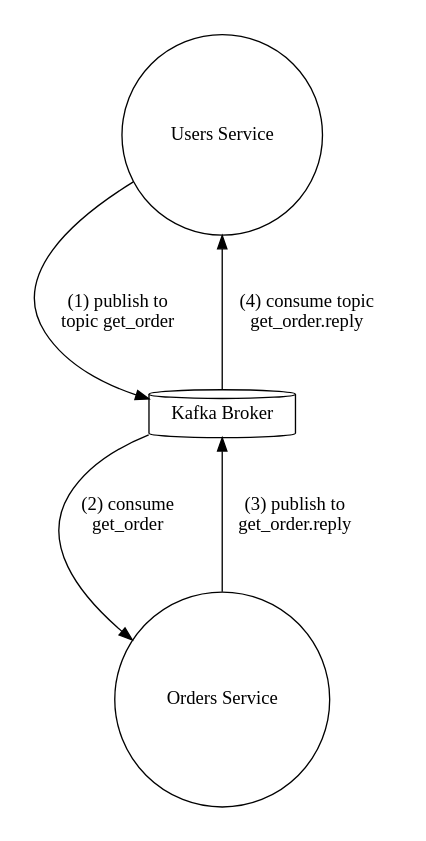
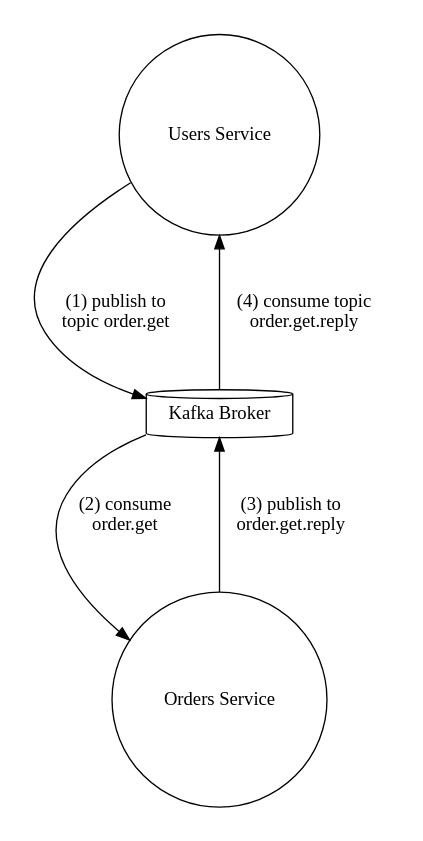
One commit to Redouane64/microservices-communication-kafka changed the diagram in worflow.dot. Above: the diagram before and after it, drawn with Graphviz.

Commit message:
update graph

```diff
--- a/worflow.dot
+++ b/worflow.dot
@@ -1,18 +1,18 @@
 digraph Workflows {
   graph [pad="0.25", nodesep="1.5", ranksep="1.2"]
   splines="TRUE";
 
   /* Entities */
   Users [label="Users Service", shape="circle"]
   Broker [label="Kafka Broker", shape="cylinder"]
   Orders [label="Orders Service", shape="circle"]
 
   
   /* Relationships */
-  Users -> Broker[label="(1) publish to\ntopic get_order"]
-  Broker -> Users[label="(4) consume topic\nget_order.reply"]
+  Users -> Broker[label="(1) publish to\ntopic order.get"]
+  Broker -> Users[label="(4) consume topic\norder.get.reply"]
 
-  Orders -> Broker[label="(3) publish to\nget_order.reply"]
-  Broker -> Orders[label="(2) consume\nget_order"]
+  Orders -> Broker[label="(3) publish to\norder.get.reply"]
+  Broker -> Orders[label="(2) consume\norder.get"]
 
 }
```
